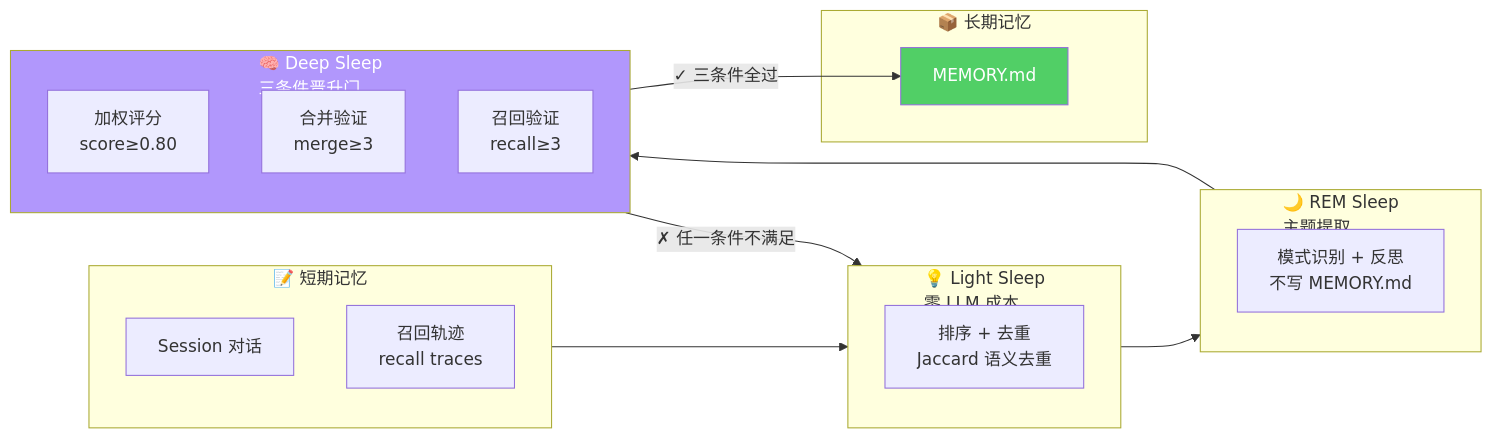
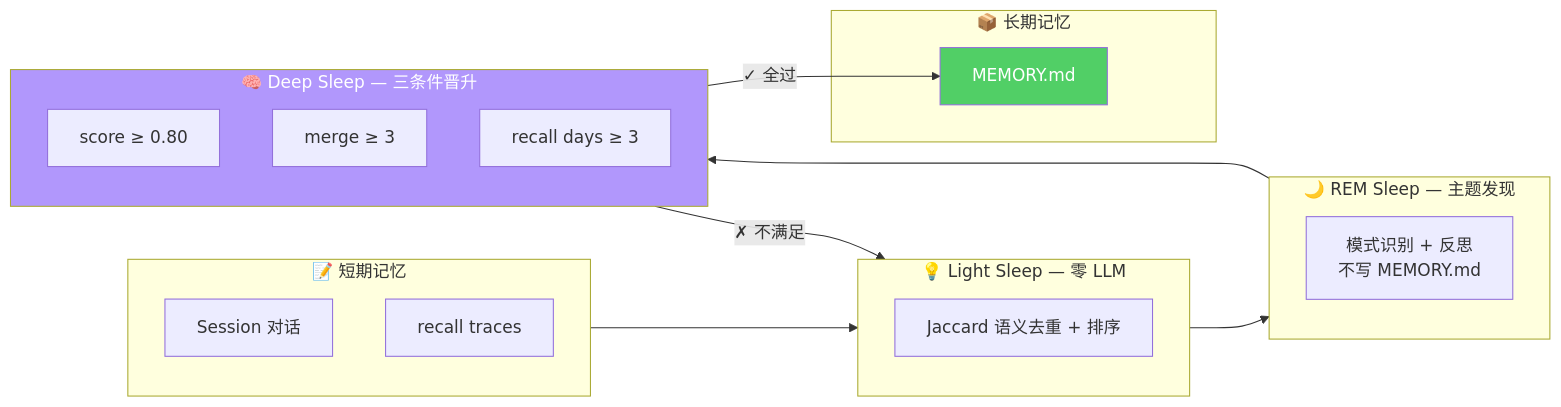
One commit to YouToco/zhuoqidev.com changed the fourth of 4 diagrams in content/posts/openclaw-pitfalls.md. Above: the diagram before and after it, drawn with Mermaid. The commit also changed other lines of this file, not shown here.

First line of the commit message:
update: switch mermaid diagrams to Blowfish shortcode syntax

````diff
--- a/content/posts/openclaw-pitfalls.md
+++ b/content/posts/openclaw-pitfalls.md
@@ -243,34 +227,28 @@
-```mermaid
+{{< mermaid >}}
 flowchart LR
     subgraph 短期["📝 短期记忆"]
         SESSION["Session 对话"]
-        RECALL["召回轨迹<br/>recall traces"]
+        RECALL["recall traces"]
     end
-
-    subgraph LIGHT["💡 Light Sleep<br/>零 LLM 成本"]
-        SORT["排序 + 去重<br/>Jaccard 语义去重"]
+    subgraph LIGHT["💡 Light Sleep — 零 LLM"]
+        SORT["Jaccard 语义去重 + 排序"]
     end
-
-    subgraph REM["🌙 REM Sleep<br/>主题提取"]
+    subgraph REM["🌙 REM Sleep — 主题发现"]
         REFLECT["模式识别 + 反思<br/>不写 MEMORY.md"]
     end
-
-    subgraph DEEP["🧠 Deep Sleep<br/>三条件晋升门"]
-        RANK["加权评分<br/>score≥0.80"]
-        MERGE["合并验证<br/>merge≥3"]
-        RECALL_THRESH["召回验证<br/>recall≥3"]
+    subgraph DEEP["🧠 Deep Sleep — 三条件晋升"]
+        RANK["score ≥ 0.80"]
+        MERGE["merge ≥ 3"]
+        RECALL_THRESH["recall days ≥ 3"]
     end
-
     subgraph 长期["📦 长期记忆"]
         MEM["MEMORY.md"]
     end
 
-    短期 --> LIGHT
-    LIGHT --> REM
-    REM --> DEEP
-    DEEP -->|"✓ 三条件全过"| MEM
-    DEEP -->|"✗ 任一条件不满足"| LIGHT
+    短期 --> LIGHT --> REM --> DEEP
+    DEEP -->|"✓ 全过"| MEM
+    DEEP -->|"✗ 不满足"| LIGHT
 
     style DEEP fill:#b197fc,color:#fff
     style MEM fill:#51cf66,color:#fff
-```
+{{< /mermaid >}}
````
